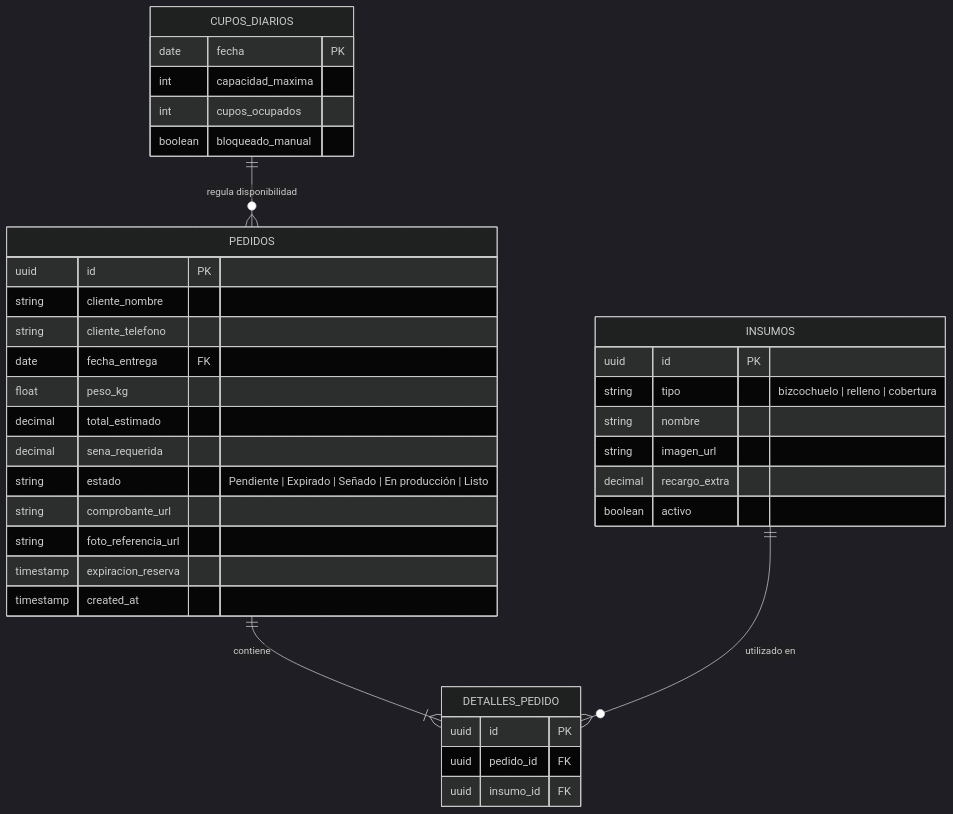
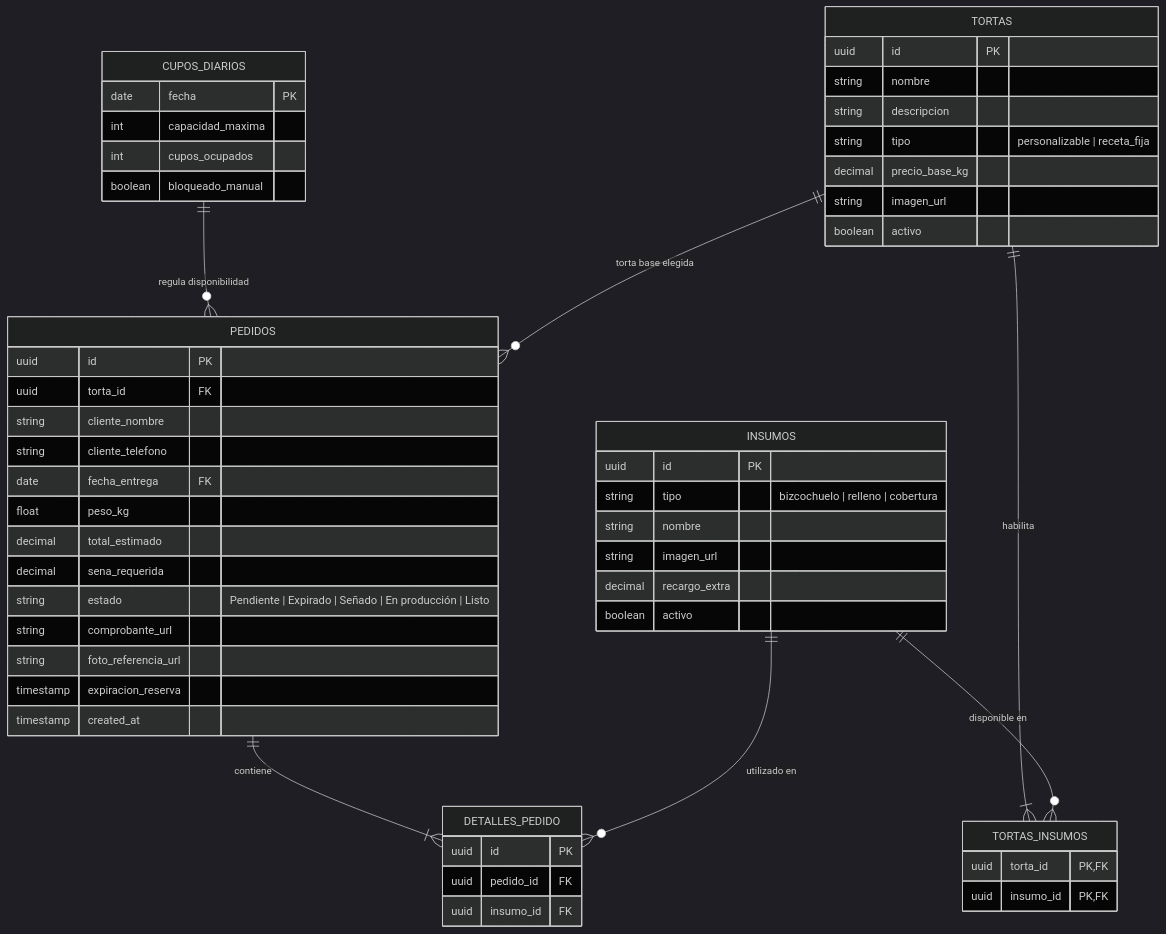
Before and after one commit to til-unca-2026/pasteleria-yonatanAhumada: the third of 3 diagrams in docs/05-metodologia.md, drawn with Mermaid (dark theme). The commit also changed other lines of this file and 4 other files, not shown here.

Commit message:
docs: actualizar mockups v2 de catalogo y diagrama entidad-relacion con tortas modelo

````diff
--- a/docs/05-metodologia.md
+++ b/docs/05-metodologia.md
@@ -142,43 +143,62 @@
 ```mermaid
 erDiagram
     CUPOS_DIARIOS {
         date fecha PK
         int capacidad_maxima
         int cupos_ocupados
         boolean bloqueado_manual
     }
 
+    TORTAS {
+        uuid id PK
+        string nombre
+        string descripcion
+        string tipo "personalizable | receta_fija"
+        decimal precio_base_kg
+        string imagen_url
+        boolean activo
+    }
+
     PEDIDOS {
         uuid id PK
+        uuid torta_id FK
         string cliente_nombre
         string cliente_telefono
         date fecha_entrega FK
         float peso_kg
         decimal total_estimado
         decimal sena_requerida
         string estado "Pendiente | Expirado | Señado | En producción | Listo"
         string comprobante_url
         string foto_referencia_url
         timestamp expiracion_reserva
         timestamp created_at
     }
 
     INSUMOS {
         uuid id PK
         string tipo "bizcochuelo | relleno | cobertura"
         string nombre
         string imagen_url
         decimal recargo_extra
         boolean activo
     }
 
     DETALLES_PEDIDO {
         uuid id PK
         uuid pedido_id FK
         uuid insumo_id FK
     }
 
+    TORTAS_INSUMOS {
+        uuid torta_id PK,FK
+        uuid insumo_id PK,FK
+    }
+
     CUPOS_DIARIOS ||--o{ PEDIDOS : "regula disponibilidad"
+    TORTAS ||--o{ PEDIDOS : "torta base elegida"
+    TORTAS ||--|{ TORTAS_INSUMOS : "habilita"
+    INSUMOS ||--o{ TORTAS_INSUMOS : "disponible en"
     PEDIDOS ||--|{ DETALLES_PEDIDO : "contiene"
     INSUMOS ||--o{ DETALLES_PEDIDO : "utilizado en"
 ```
````
